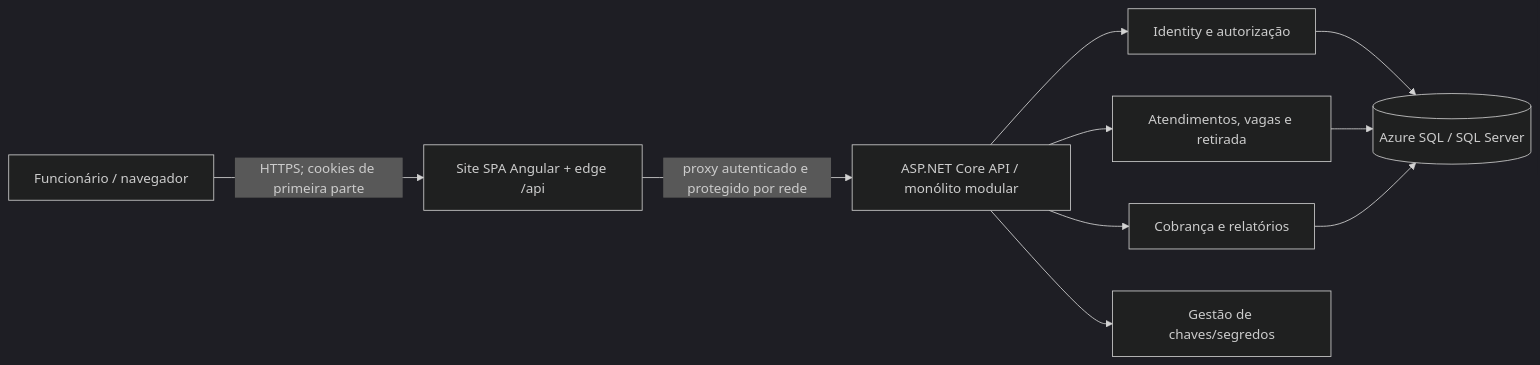
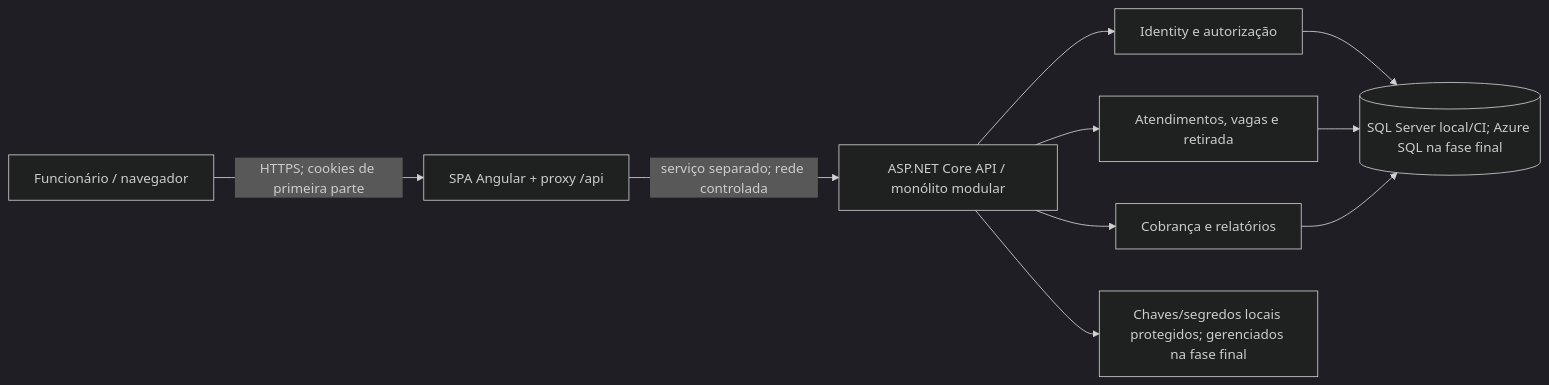
One commit to VictorJer/gestao-de-estacionamento changed the first of 4 diagrams in docs/tdd/tdd.md. Above: the diagram before and after it, drawn with Mermaid (dark theme). The commit also changed other lines of this file and 9 other files, not shown here.

````diff
--- a/docs/tdd/tdd.md
+++ b/docs/tdd/tdd.md
@@ -38,12 +38,12 @@
 ```mermaid
 flowchart LR
-  U[Funcionário / navegador] -->|HTTPS; cookies de primeira parte| E[Site SPA Angular + edge /api]
-  E -->|proxy autenticado e protegido por rede| A[ASP.NET Core API / monólito modular]
+  U[Funcionário / navegador] -->|HTTPS; cookies de primeira parte| E[SPA Angular + proxy /api]
+  E -->|serviço separado; rede controlada| A[ASP.NET Core API / monólito modular]
   A --> ID[Identity e autorização]
   A --> OP[Atendimentos, vagas e retirada]
   A --> FI[Cobrança e relatórios]
-  ID --> DB[(Azure SQL / SQL Server)]
+  ID --> DB[(SQL Server local/CI; Azure SQL na fase final)]
   OP --> DB
   FI --> DB
-  A --> K[Gestão de chaves/segredos]
+  A --> K[Chaves/segredos locais protegidos; gerenciados na fase final]
 ```
````
